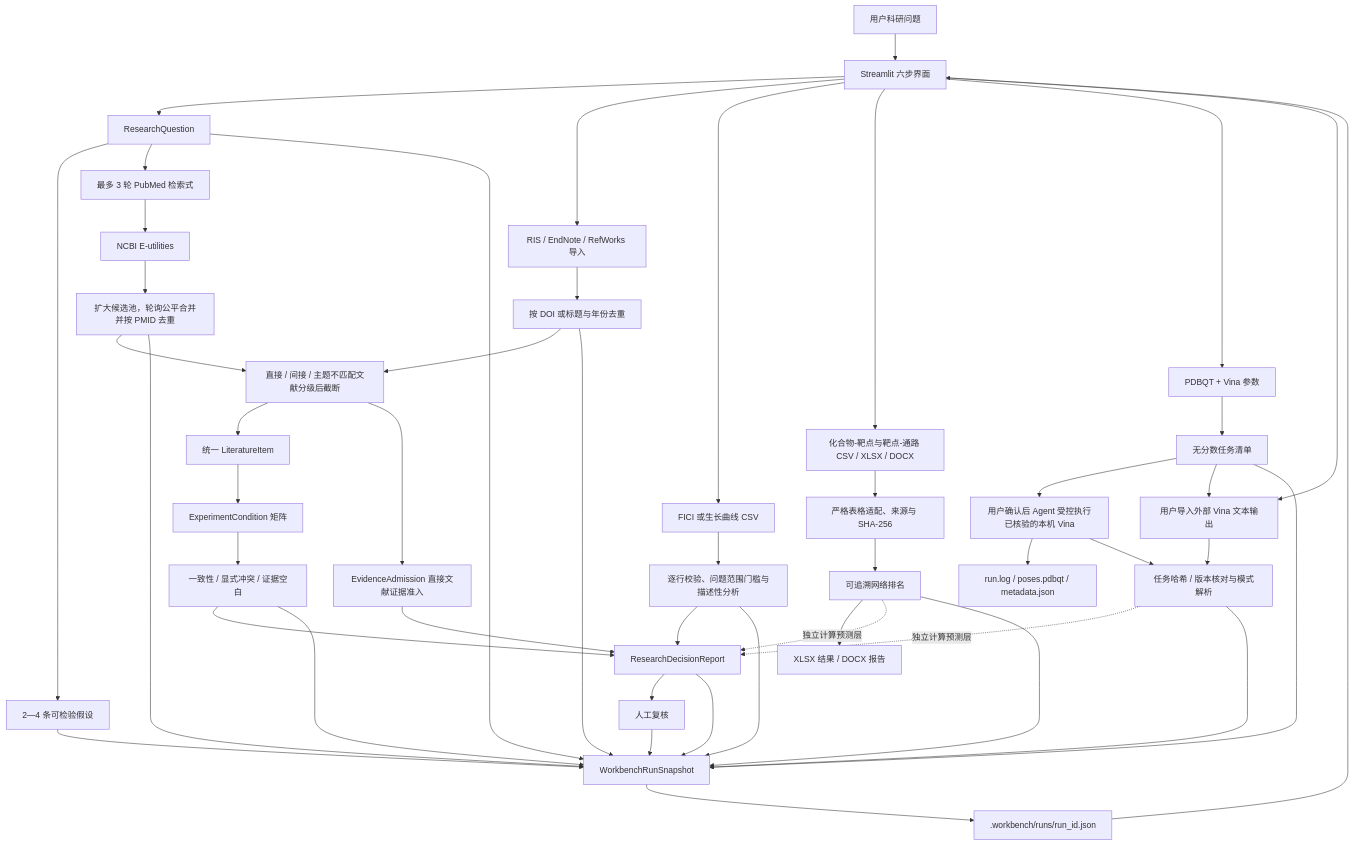
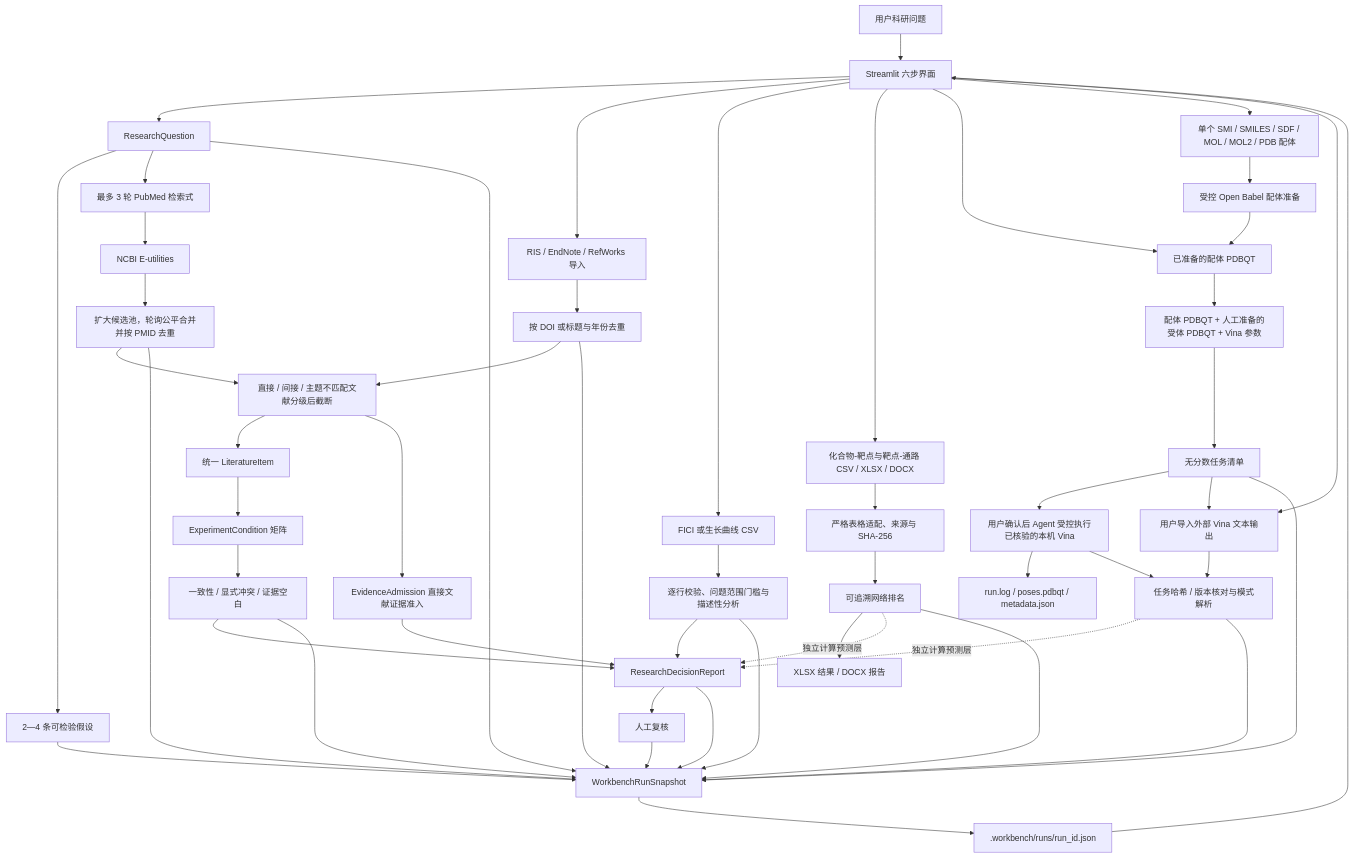
One commit to Funluned/vetagenteviidence changed the first of 2 diagrams in docs/ARCHITECTURE.md. Above: the diagram before and after it, drawn with Mermaid. The commit also changed other lines of this file and 13 other files, not shown here.

Commit message:
接入 Open Babel 配体准备并直连 Vina

````diff
--- a/docs/ARCHITECTURE.md
+++ b/docs/ARCHITECTURE.md
@@ -13,54 +14,58 @@
 ```mermaid
 flowchart TD
     U["用户科研问题"] --> UI["Streamlit 六步界面"]
     UI --> Q["ResearchQuestion"]
     Q --> H["2—4 条可检验假设"]
     Q --> P["最多 3 轮 PubMed 检索式"]
     P --> N["NCBI E-utilities"]
     N --> D["扩大候选池，轮询公平合并并按 PMID 去重"]
 
     UI --> I["RIS / EndNote / RefWorks 导入"]
     I --> ID["按 DOI 或标题与年份去重"]
 
     D --> G["直接 / 间接 / 主题不匹配文献分级后截断"]
     ID --> G
     G --> L["统一 LiteratureItem"]
     L --> C["ExperimentCondition 矩阵"]
     C --> A["一致性 / 显式冲突 / 证据空白"]
     G --> AD["EvidenceAdmission 直接文献证据准入"]
 
     UI --> CSV["FICI 或生长曲线 CSV"]
     CSV --> X["逐行校验、问题范围门槛与描述性分析"]
     UI --> NP["化合物-靶点与靶点-通路 CSV / XLSX / DOCX"]
     NP --> NF["严格表格适配、来源与 SHA-256"]
     NF --> NX["可追溯网络排名"]
     NX --> NE["XLSX 结果 / DOCX 报告"]
-    UI --> DM["PDBQT + Vina 参数"]
+    UI --> LP["已准备的配体 PDBQT"]
+    UI --> LS["单个 SMI / SMILES / SDF / MOL / MOL2 / PDB 配体"]
+    LS --> OB["受控 Open Babel 配体准备"]
+    OB --> LP
+    LP --> DM["配体 PDBQT + 人工准备的受体 PDBQT + Vina 参数"]
     DM --> VM["无分数任务清单"]
     VM --> LV["用户确认后 Agent 受控执行已核验的本机 Vina"]
     LV --> VA["run.log / poses.pdbqt / metadata.json"]
     UI --> VO["用户导入外部 Vina 文本输出"]
     VM --> VO
     LV --> DX
     VO --> DX["任务哈希 / 版本核对与模式解析"]
     A --> R["ResearchDecisionReport"]
     AD --> R
     X --> R
     NX -. "独立计算预测层" .-> R
     DX -. "独立计算预测层" .-> R
     R --> HR["人工复核"]
 
     Q --> S["WorkbenchRunSnapshot"]
     H --> S
     D --> S
     ID --> S
     A --> S
     X --> S
     NX --> S
     VM --> S
     DX --> S
     R --> S
     HR --> S
     S --> FS[".workbench/runs/run_id.json"]
     FS --> UI
 ```
````
